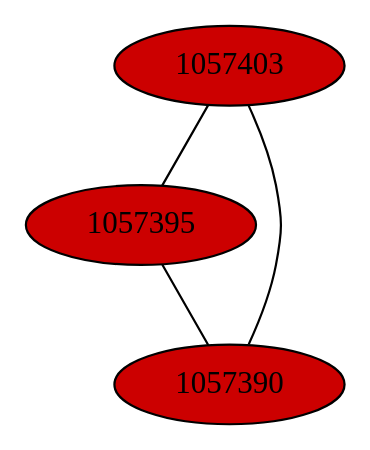
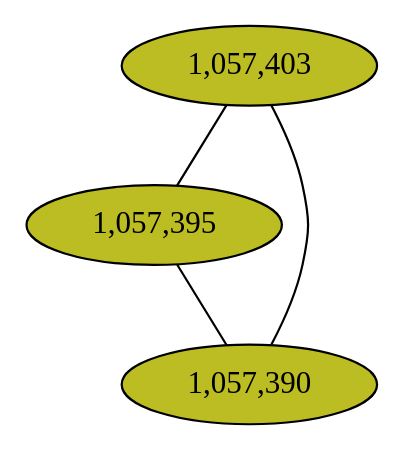
One commit to fedarko/sheepgut changed the diagram in notebooks/graphs/CAMP_cc8.gv. Above: the diagram before and after it, drawn with Graphviz. The commit also changed 59 other files, not shown here.

Commit message:
color lm graphs by gene #

```diff
--- a/notebooks/graphs/CAMP_cc8.gv
+++ b/notebooks/graphs/CAMP_cc8.gv
@@ -1,9 +1,9 @@
 graph CAMP_cc8 {
 	K = 2.0;
-	1057403 [style="filled", fillcolor="#cc0000"];
-	1057395 [style="filled", fillcolor="#cc0000"];
-	1057390 [style="filled", fillcolor="#cc0000"];
-	1057403 -- 1057390;
-	1057403 -- 1057395;
-	1057395 -- 1057390;
+	overlap="prism2";	"1,057,403" [style="filled", fillcolor="#bcbd22", fontcolor="#000000"];
+	"1,057,395" [style="filled", fillcolor="#bcbd22", fontcolor="#000000"];
+	"1,057,390" [style="filled", fillcolor="#bcbd22", fontcolor="#000000"];
+	"1,057,403" -- "1,057,390";
+	"1,057,403" -- "1,057,395";
+	"1,057,395" -- "1,057,390";
 }
```
